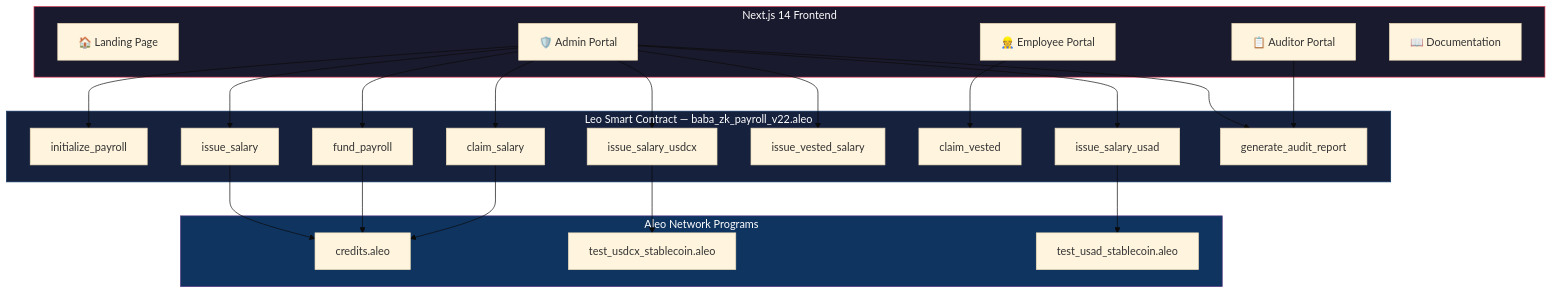
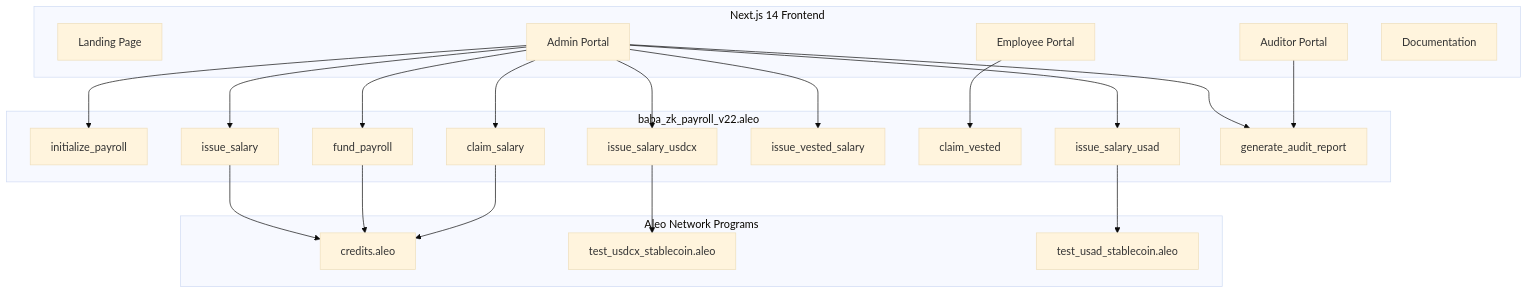
The first of 6 diagrams in README.md (PhanTom497/zk_payroll), drawn with Mermaid (base theme) before and after one commit. The commit also changed other lines of this file, not shown here.

````diff
--- a/README.md
+++ b/README.md
@@ -82,42 +85,45 @@
 ```mermaid
 graph TB
     subgraph Frontend["Next.js 14 Frontend"]
-        HP["🏠 Landing Page"]
-        AP["🛡️ Admin Portal"]
-        EP["👷 Employee Portal"]
-        AU["📋 Auditor Portal"]
-        DOC["📖 Documentation"]
+        HP["Landing Page"]
+        AP["Admin Portal"]
+        EP["Employee Portal"]
+        AU["Auditor Portal"]
+        DOC["Documentation"]
     end
 
-    subgraph SmartContract["Leo Smart Contract — baba_zk_payroll_v22.aleo"]
+    subgraph SmartContract["baba_zk_payroll_v22.aleo"]
         INIT["initialize_payroll"]
         FUND["fund_payroll"]
         IS["issue_salary"]
         ISU["issue_salary_usdcx"]
         ISA["issue_salary_usad"]
         IVS["issue_vested_salary"]
         CV["claim_vested"]
         CS["claim_salary"]
         GAR["generate_audit_report"]
     end
 
-    subgraph ExternalPrograms["Aleo Network Programs"]
+    subgraph External["Aleo Network Programs"]
         CR["credits.aleo"]
         UX["test_usdcx_stablecoin.aleo"]
         UA["test_usad_stablecoin.aleo"]
     end
 
-    AP --> INIT & FUND & IS & ISU & ISA & IVS & GAR & CS
+    AP --> INIT
+    AP --> FUND
+    AP --> IS
+    AP --> ISU
+    AP --> ISA
+    AP --> IVS
+    AP --> GAR
+    AP --> CS
     EP --> CV
     AU --> GAR
 
     IS --> CR
     ISU --> UX
     ISA --> UA
     FUND --> CR
     CS --> CR
-
-    style Frontend fill:#1a1a2e,stroke:#e94560,color:#ffffff
-    style SmartContract fill:#16213e,stroke:#0f3460,color:#ffffff
-    style ExternalPrograms fill:#0f3460,stroke:#533483,color:#ffffff
 ```
````
